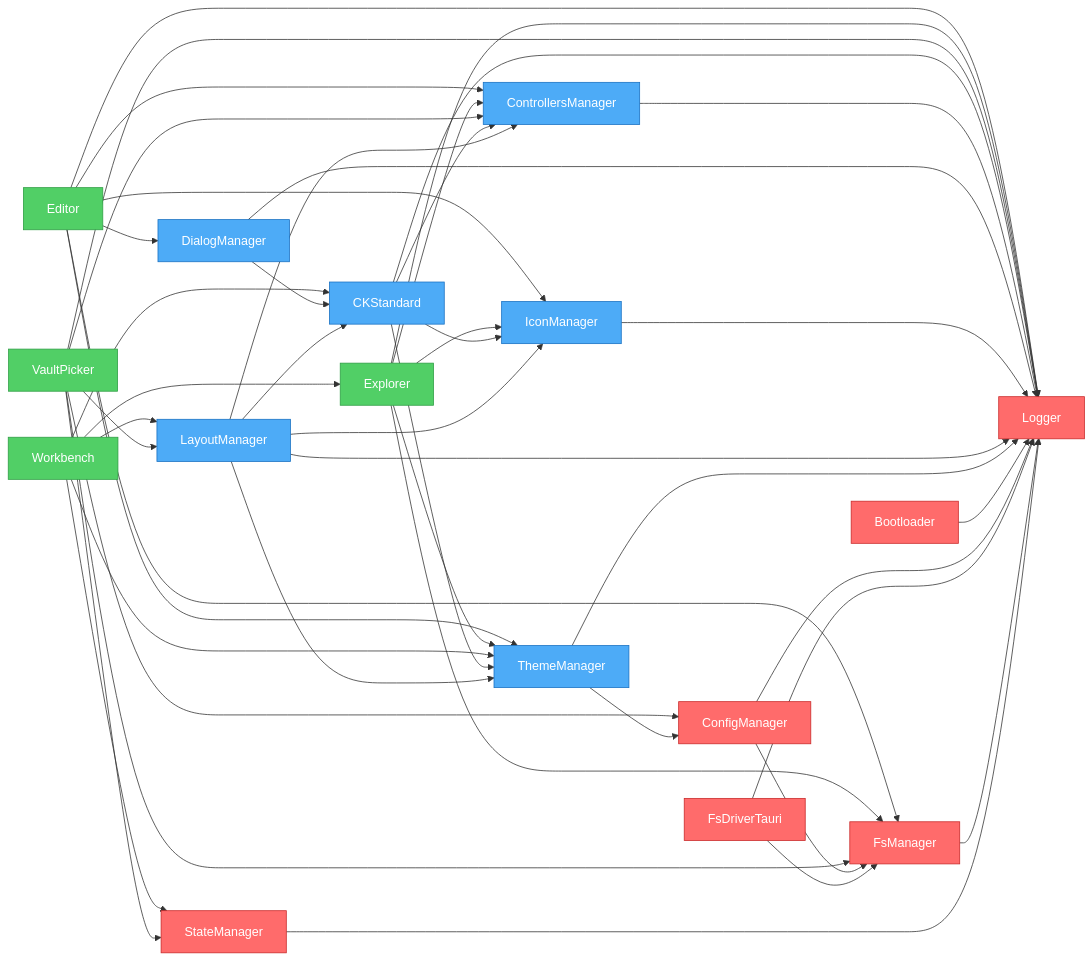
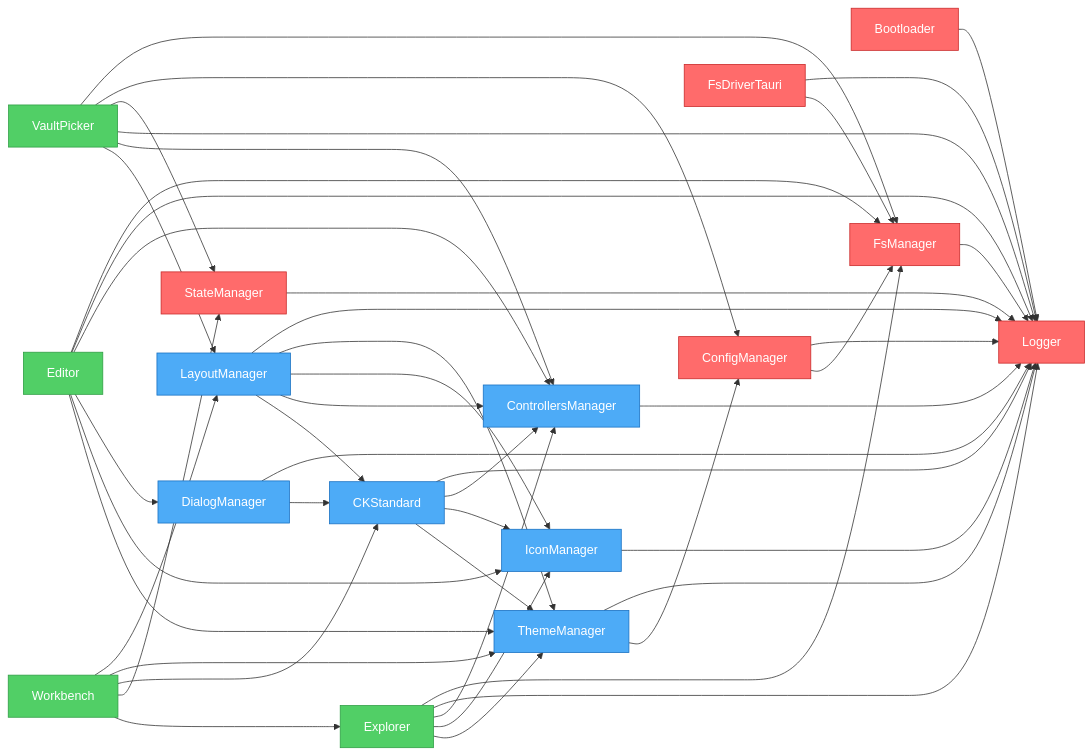
One commit to khton-tech/notehub.md changed the diagram in artifacts/graph.mmd. Above: the diagram before and after it, drawn with Mermaid. The commit also changed other lines of this file and 3 other files, not shown here.

```diff
--- a/artifacts/graph.mmd
+++ b/artifacts/graph.mmd
@@ -1,70 +1,70 @@
 flowchart LR
     nh_features_editor["Editor"]
     nh_features_explorer["Explorer"]
+    nh_features_vault-picker["VaultPicker"]
     nh_features_workbench["Workbench"]
-    nh_features_vault-picker["VaultPicker"]
+    nh_system_bootloader["Bootloader"]
+    nh_system_config-manager["ConfigManager"]
+    nh_system_fs-driver-tauri["FsDriverTauri"]
+    nh_system_fs-manager["FsManager"]
+    nh_system_logger["Logger"]
+    nh_system_state-manager["StateManager"]
     nh_ui_ck-standard["CKStandard"]
     nh_ui_controllers-manager["ControllersManager"]
     nh_ui_dialog-manager["DialogManager"]
     nh_ui_icon-manager["IconManager"]
     nh_ui_layout-manager["LayoutManager"]
     nh_ui_theme-manager["ThemeManager"]
-    nh_system_bootloader["Bootloader"]
-    nh_system_config-manager["ConfigManager"]
-    nh_system_fs-driver-tauri["FsDriverTauri"]
-    nh_system_fs-manager["FsManager"]
-    nh_system_logger["Logger"]
-    nh_system_state-manager["StateManager"]
     nh_features_editor --> nh_system_fs-manager
     nh_features_editor --> nh_system_logger
     nh_features_editor --> nh_ui_controllers-manager
     nh_features_editor --> nh_ui_dialog-manager
     nh_features_editor --> nh_ui_icon-manager
     nh_features_editor --> nh_ui_theme-manager
     nh_features_explorer --> nh_system_fs-manager
     nh_features_explorer --> nh_system_logger
     nh_features_explorer --> nh_ui_controllers-manager
     nh_features_explorer --> nh_ui_icon-manager
     nh_features_explorer --> nh_ui_theme-manager
-    nh_features_workbench --> nh_ui_layout-manager
-    nh_features_workbench --> nh_ui_theme-manager
-    nh_features_workbench --> nh_ui_ck-standard
-    nh_features_workbench --> nh_system_state-manager
-    nh_features_workbench --> nh_features_explorer
     nh_features_vault-picker --> nh_system_fs-manager
     nh_features_vault-picker --> nh_system_config-manager
     nh_features_vault-picker --> nh_system_state-manager
     nh_features_vault-picker --> nh_system_logger
     nh_features_vault-picker --> nh_ui_controllers-manager
     nh_features_vault-picker --> nh_ui_layout-manager
+    nh_features_workbench --> nh_ui_layout-manager
+    nh_features_workbench --> nh_ui_theme-manager
+    nh_features_workbench --> nh_ui_ck-standard
+    nh_features_workbench --> nh_system_state-manager
+    nh_features_workbench --> nh_features_explorer
+    nh_system_bootloader --> nh_system_logger
+    nh_system_config-manager --> nh_system_logger
+    nh_system_config-manager --> nh_system_fs-manager
+    nh_system_fs-driver-tauri --> nh_system_logger
+    nh_system_fs-driver-tauri --> nh_system_fs-manager
+    nh_system_fs-manager --> nh_system_logger
+    nh_system_state-manager --> nh_system_logger
     nh_ui_ck-standard --> nh_system_logger
     nh_ui_ck-standard --> nh_ui_controllers-manager
     nh_ui_ck-standard --> nh_ui_icon-manager
     nh_ui_ck-standard --> nh_ui_theme-manager
     nh_ui_controllers-manager --> nh_system_logger
     nh_ui_dialog-manager --> nh_system_logger
     nh_ui_dialog-manager --> nh_ui_ck-standard
     nh_ui_icon-manager --> nh_system_logger
     nh_ui_layout-manager --> nh_system_logger
     nh_ui_layout-manager --> nh_ui_theme-manager
     nh_ui_layout-manager --> nh_ui_icon-manager
     nh_ui_layout-manager --> nh_ui_controllers-manager
     nh_ui_layout-manager --> nh_ui_ck-standard
     nh_ui_theme-manager --> nh_system_logger
     nh_ui_theme-manager --> nh_system_config-manager
-    nh_system_bootloader --> nh_system_logger
-    nh_system_config-manager --> nh_system_logger
-    nh_system_config-manager --> nh_system_fs-manager
-    nh_system_fs-driver-tauri --> nh_system_logger
-    nh_system_fs-driver-tauri --> nh_system_fs-manager
-    nh_system_fs-manager --> nh_system_logger
-    nh_system_state-manager --> nh_system_logger
 
     %% Styles
     classDef system fill:#ff6b6b,stroke:#c92a2a,color:#fff
     classDef ui fill:#4dabf7,stroke:#1971c2,color:#fff
     classDef feature fill:#51cf66,stroke:#2f9e44,color:#fff
     class nh_features_editor,nh_features_explorer,nh_features_workbench feature
     class nh_features_vault-picker feature
+    class nh_system_bootloader,nh_system_config-manager,nh_system_fs-driver-tauri,nh_system_fs-manager,nh_system_logger,nh_system_state-manager system
     class nh_ui_ck-standard,nh_ui_controllers-manager,nh_ui_dialog-manager,nh_ui_icon-manager,nh_ui_layout-manager,nh_ui_theme-manager ui
-    class nh_system_bootloader,nh_system_config-manager,nh_system_fs-driver-tauri,nh_system_fs-manager,nh_system_logger,nh_system_state-manager system
```
